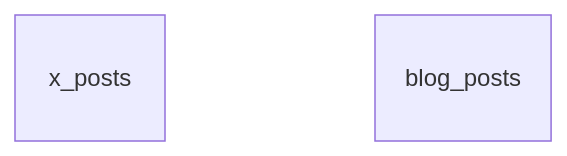
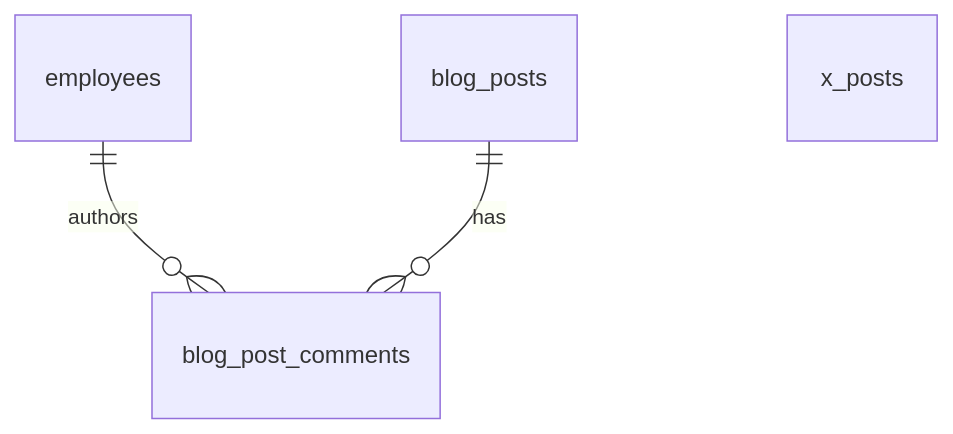
One commit to ssstakahashi/ai-org changed the second of 4 diagrams in docs/database.md. Above: the diagram before and after it, drawn with Mermaid. The commit also changed other lines of this file and 20 other files, not shown here.

````diff
--- a/docs/database.md
+++ b/docs/database.md
@@ -31,5 +31,6 @@
 ```mermaid
 erDiagram
+  employees ||--o{ blog_post_comments : authors
+  blog_posts ||--o{ blog_post_comments : has
   x_posts
-  blog_posts
 ```
````
